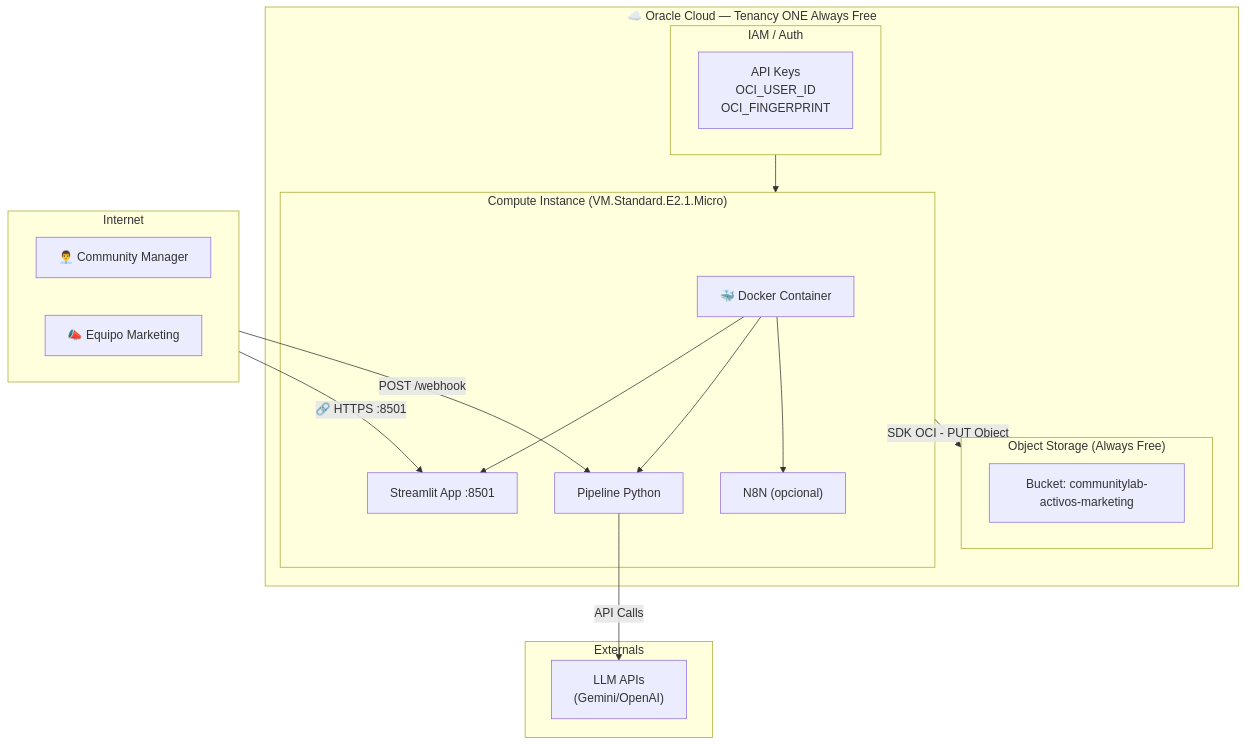
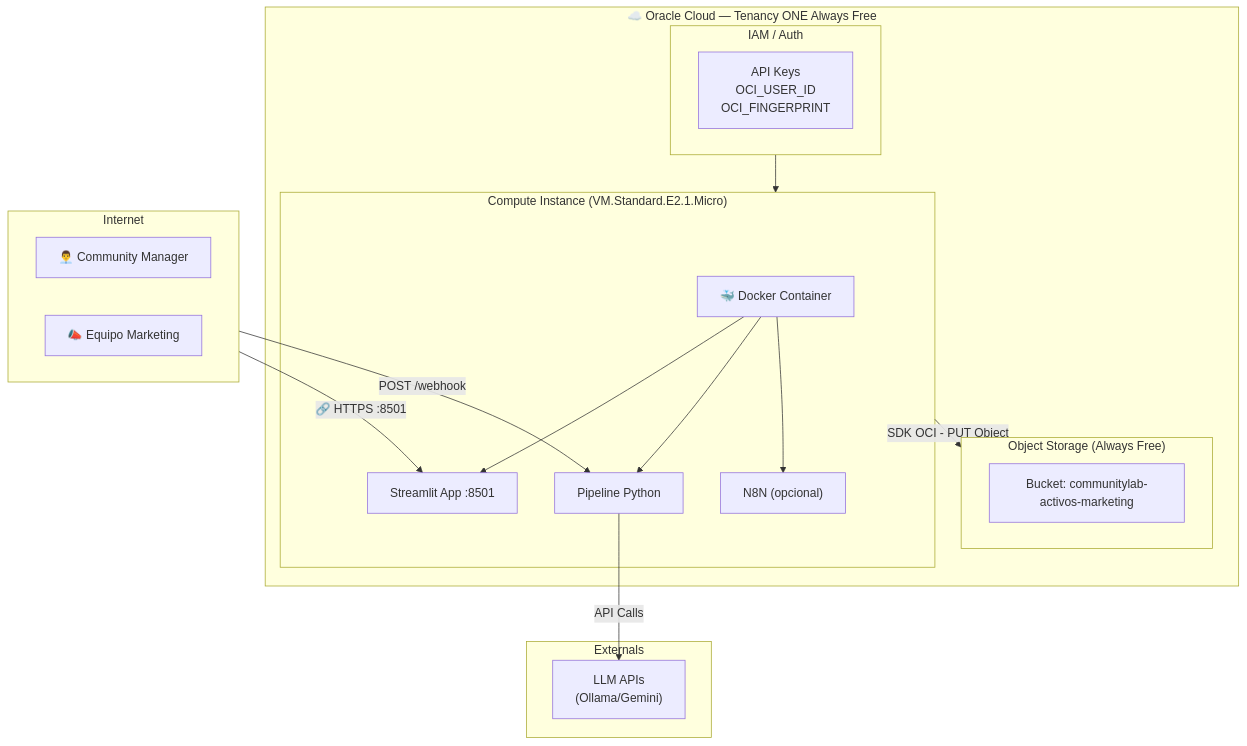
Before and after one commit to No-Country-simulation/G10-Latam-Equipo24-CommunityLab: the fourth of 5 diagrams in docs/arquitectura.md, drawn with Mermaid. The commit also changed other lines of this file and 1 other file, not shown here.

First line of the commit message:
docs: align LLM provider references to Gemma (Ollama), Gemini as fallback

````diff
--- a/docs/arquitectura.md
+++ b/docs/arquitectura.md
@@ -234,38 +234,38 @@
 ```mermaid
 flowchart TB
     subgraph OCI_TENANCY["☁️ Oracle Cloud — Tenancy ONE Always Free"]
         subgraph COMPUTE["Compute Instance (VM.Standard.E2.1.Micro)"]
             DOCKER["🐳 Docker Container"]
             STREAMLIT["Streamlit App :8501"]
             PIPELINE["Pipeline Python"]
             N8N_OPT["N8N (opcional)"]
             DOCKER --> STREAMLIT
             DOCKER --> PIPELINE
             DOCKER --> N8N_OPT
         end
 
         subgraph STORAGE_OCI["Object Storage (Always Free)"]
             BUCK["Bucket: communitylab-activos-marketing"]
         end
 
         subgraph AUTH["IAM / Auth"]
             API_KEY["API Keys\nOCI_USER_ID\nOCI_FINGERPRINT"]
         end
 
         COMPUTE -->|"SDK OCI - PUT Object"| STORAGE_OCI
         AUTH --> COMPUTE
     end
 
     subgraph INTERNET["Internet"]
         CM["👨‍💼 Community Manager"]
         MKT["📣 Equipo Marketing"]
     end
 
     INTERNET -->|"🔗 HTTPS :8501"| STREAMLIT
     INTERNET -->|"POST /webhook"| PIPELINE
 
     subgraph EXT["Externals"]
-        LLM_API["LLM APIs<br/>(Gemini/OpenAI)"]
+        LLM_API["LLM APIs<br/>(Ollama/Gemini)"]
     end
     PIPELINE -->|"API Calls"| LLM_API
 ```
````
